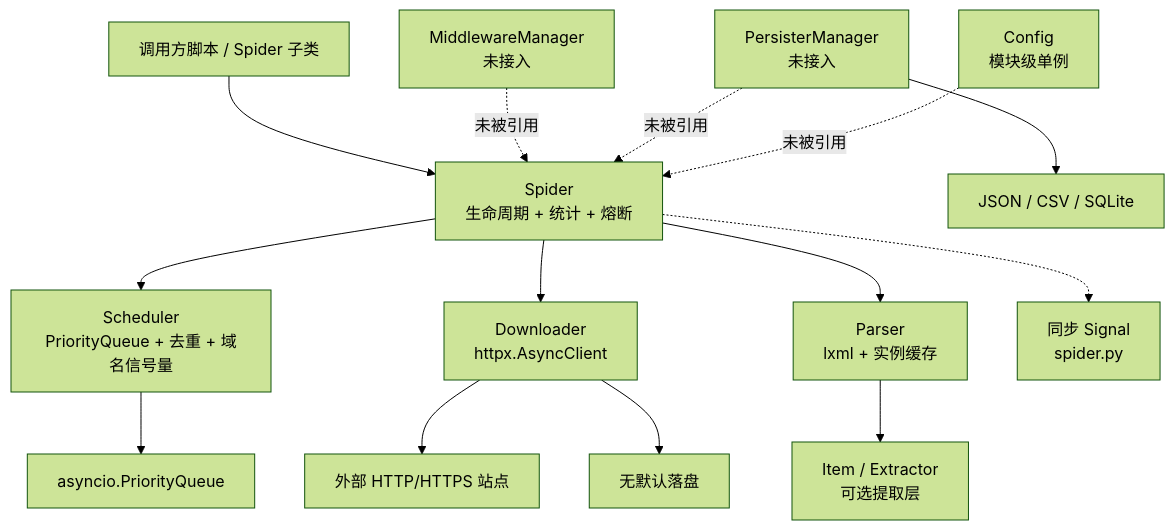
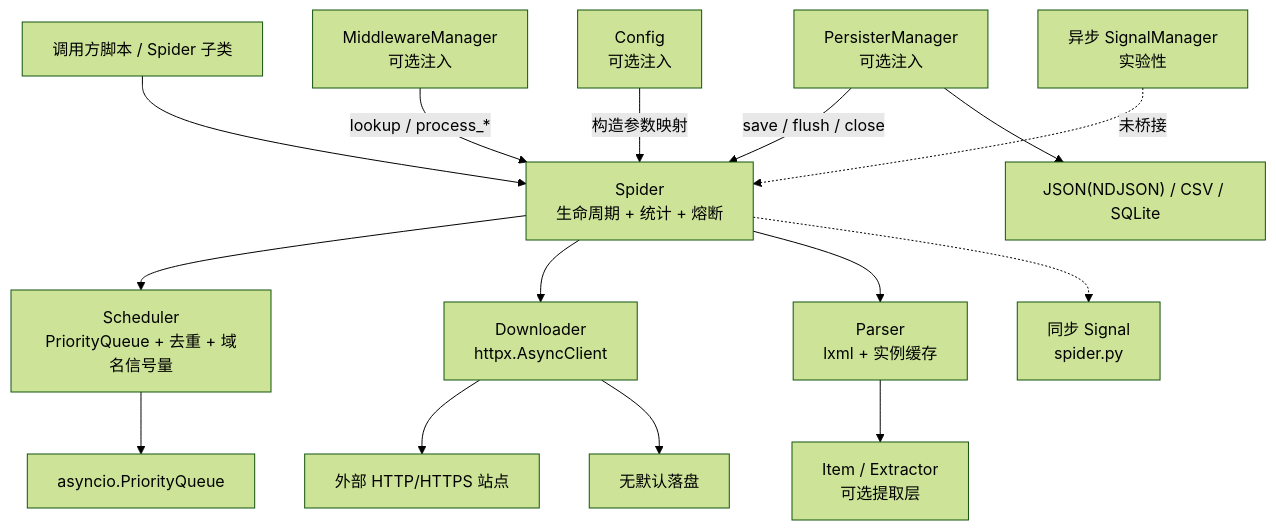
One commit to fengqimin/WebAnts changed the first of 3 diagrams in docs/wiki/01-architecture.md. Above: the diagram before and after it, drawn with Mermaid (forest theme). The commit also changed other lines of this file and 14 other files, not shown here.

````diff
--- a/docs/wiki/01-architecture.md
+++ b/docs/wiki/01-architecture.md
@@ -16,16 +16,17 @@
 ```mermaid
 flowchart TD
     Script["调用方脚本 / Spider 子类"] --> SP["Spider<br/>生命周期 + 统计 + 熔断"]
     SP --> SCH["Scheduler<br/>PriorityQueue + 去重 + 域名信号量"]
     SP --> DL["Downloader<br/>httpx.AsyncClient"]
     SP --> PS["Parser<br/>lxml + 实例缓存"]
     SCH --> Q["asyncio.PriorityQueue"]
     DL --> NET["外部 HTTP/HTTPS 站点"]
     PS --> EXT["Item / Extractor<br/>可选提取层"]
     SP -.-> SIG["同步 Signal<br/>spider.py"]
-    MM["MiddlewareManager<br/>未接入"] -. 未被引用 .-> SP
-    PM["PersisterManager<br/>未接入"] -. 未被引用 .-> SP
-    CFG["Config<br/>模块级单例"] -. 未被引用 .-> SP
+    MM["MiddlewareManager<br/>可选注入"] -->|lookup / process_*| SP
+    PM["PersisterManager<br/>可选注入"] -->|save / flush / close| SP
+    CFG["Config<br/>可选注入"] -->|构造参数映射| SP
+    ASIG["异步 SignalManager<br/>实验性"] -. 未桥接 .-> SP
     DL --> FILES["无默认落盘"]
-    PM --> STORE["JSON / CSV / SQLite"]
+    PM --> STORE["JSON(NDJSON) / CSV / SQLite"]
 ```
````
